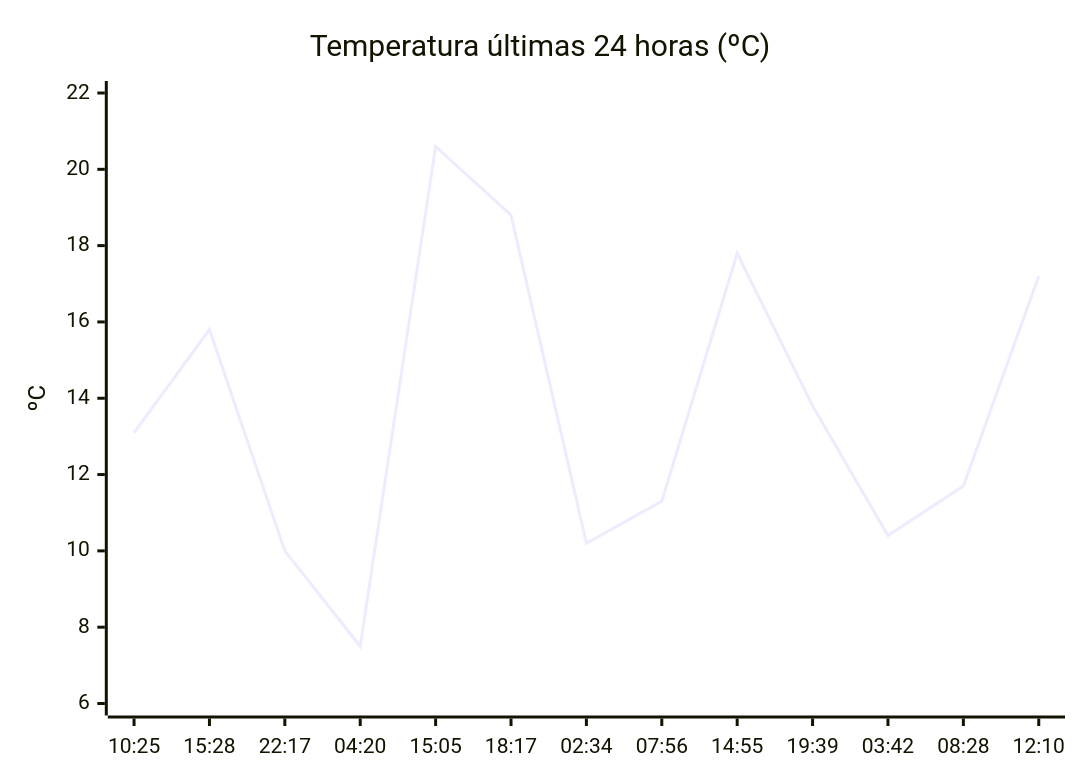
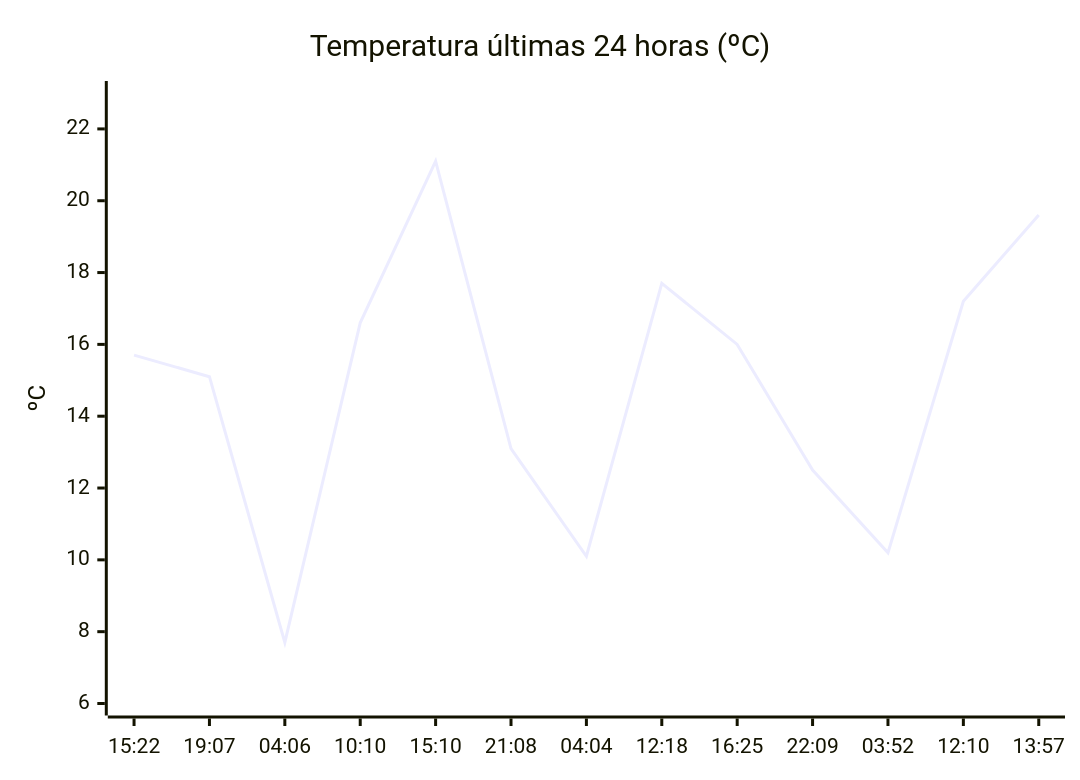
The diagram in README.md (solidsnk86/rem-scrap), drawn with Mermaid before and after one commit. The commit also changed other lines of this file, not shown here.

````diff
--- a/README.md
+++ b/README.md
@@ -32,7 +28,7 @@
 ```mermaid
 xychart-beta
     title "Temperatura últimas 24 horas (ºC)"
-    x-axis ["10:25", "15:28", "22:17", "04:20", "15:05", "18:17", "02:34", "07:56", "14:55", "19:39", "03:42", "08:28", "12:10"]
-    y-axis "ºC" 6 --> 22
-    line [13.1, 15.8, 10, 7.5, 20.6, 18.8, 10.2, 11.3, 17.8, 13.8, 10.4, 11.7, 17.2]
+    x-axis ["15:22", "19:07", "04:06", "10:10", "15:10", "21:08", "04:04", "12:18", "16:25", "22:09", "03:52", "12:10", "13:57"]
+    y-axis "ºC" 6 --> 23
+    line [15.7, 15.1, 7.7, 16.6, 21.1, 13.1, 10.1, 17.7, 16, 12.5, 10.2, 17.2, 19.6]
 ```
````
